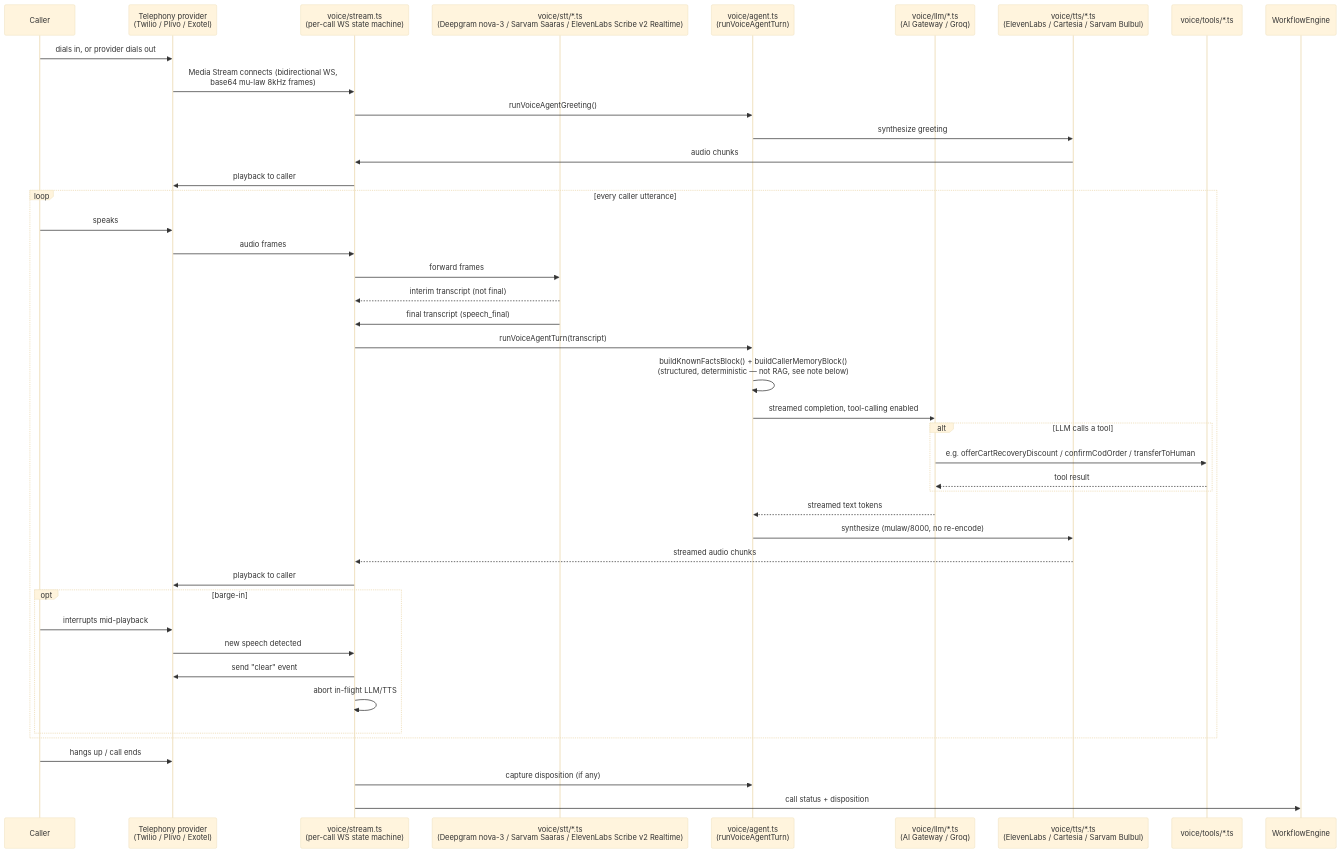
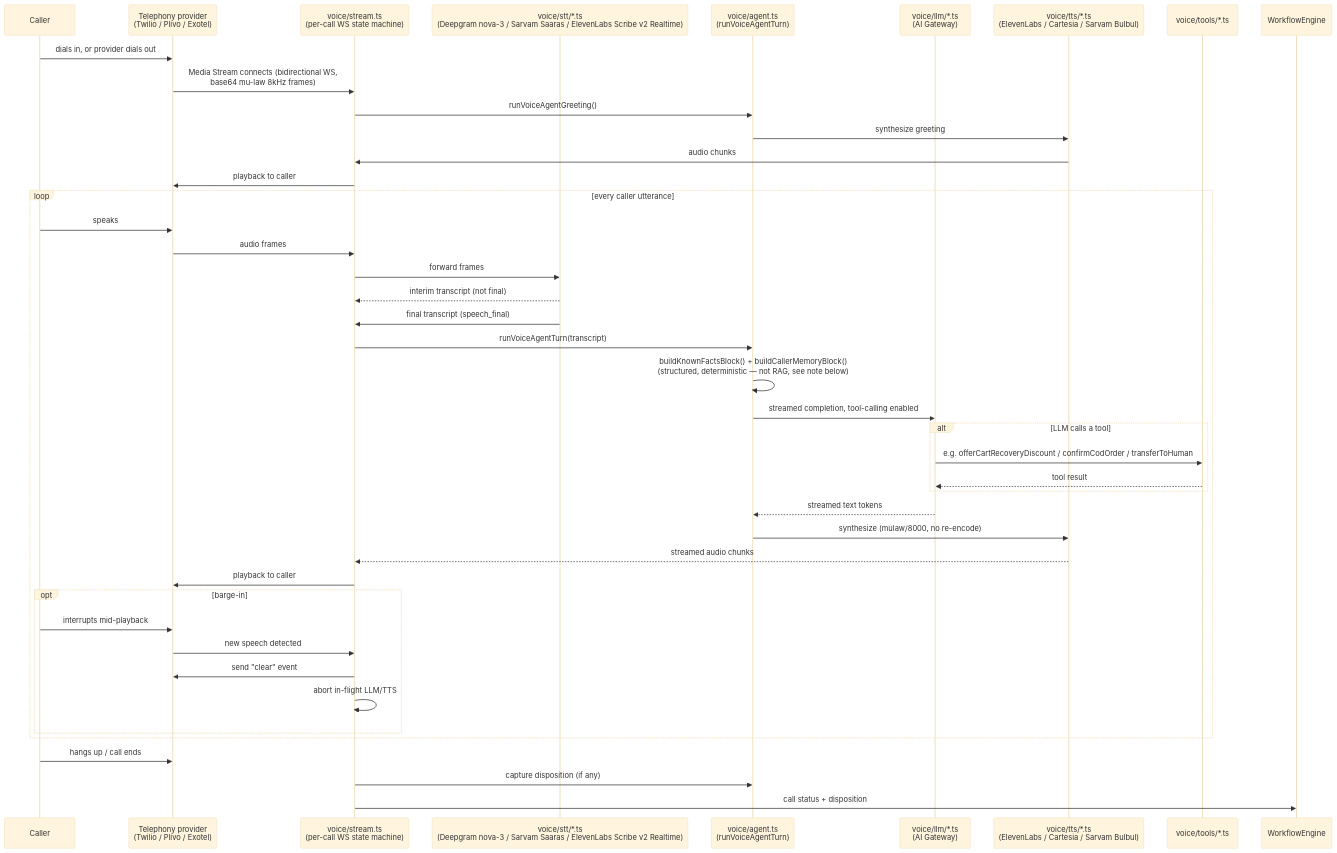
Before and after one commit to Aurora-091/weeber: the first of 3 diagrams in architecture/voice-orchestration.md, drawn with Mermaid (base theme). The commit also changed 38 other files, not shown here.

````diff
--- a/architecture/voice-orchestration.md
+++ b/architecture/voice-orchestration.md
@@ -8,47 +8,47 @@
 ```mermaid
 sequenceDiagram
     participant Caller
     participant Tel as Telephony provider<br/>(Twilio / Plivo / Exotel)
     participant WS as voice/stream.ts<br/>(per-call WS state machine)
     participant STT as voice/stt/*.ts<br/>(Deepgram nova-3 / Sarvam Saaras / ElevenLabs Scribe v2 Realtime)
     participant Agent as voice/agent.ts<br/>(runVoiceAgentTurn)
-    participant LLM as voice/llm/*.ts<br/>(AI Gateway / Groq)
+    participant LLM as voice/llm/*.ts<br/>(AI Gateway)
     participant TTS as voice/tts/*.ts<br/>(ElevenLabs / Cartesia / Sarvam Bulbul)
     participant Tools as voice/tools/*.ts
 
     Caller->>Tel: dials in, or provider dials out
     Tel->>WS: Media Stream connects (bidirectional WS,<br/>base64 mu-law 8kHz frames)
     WS->>Agent: runVoiceAgentGreeting()
     Agent->>TTS: synthesize greeting
     TTS->>WS: audio chunks
     WS->>Tel: playback to caller
 
     loop every caller utterance
         Caller->>Tel: speaks
         Tel->>WS: audio frames
         WS->>STT: forward frames
         STT-->>WS: interim transcript (not final)
         STT->>WS: final transcript (speech_final)
         WS->>Agent: runVoiceAgentTurn(transcript)
         Agent->>Agent: buildKnownFactsBlock() + buildCallerMemoryBlock()<br/>(structured, deterministic — not RAG, see note below)
         Agent->>LLM: streamed completion, tool-calling enabled
         alt LLM calls a tool
             LLM->>Tools: e.g. offerCartRecoveryDiscount / confirmCodOrder / transferToHuman
             Tools-->>LLM: tool result
         end
         LLM-->>Agent: streamed text tokens
         Agent->>TTS: synthesize (mulaw/8000, no re-encode)
         TTS-->>WS: streamed audio chunks
         WS->>Tel: playback to caller
         opt barge-in
             Caller->>Tel: interrupts mid-playback
             Tel->>WS: new speech detected
             WS->>Tel: send "clear" event
             WS->>WS: abort in-flight LLM/TTS
         end
     end
 
     Caller->>Tel: hangs up / call ends
     WS->>Agent: capture disposition (if any)
     WS->>WorkflowEngine: call status + disposition
 ```
````
